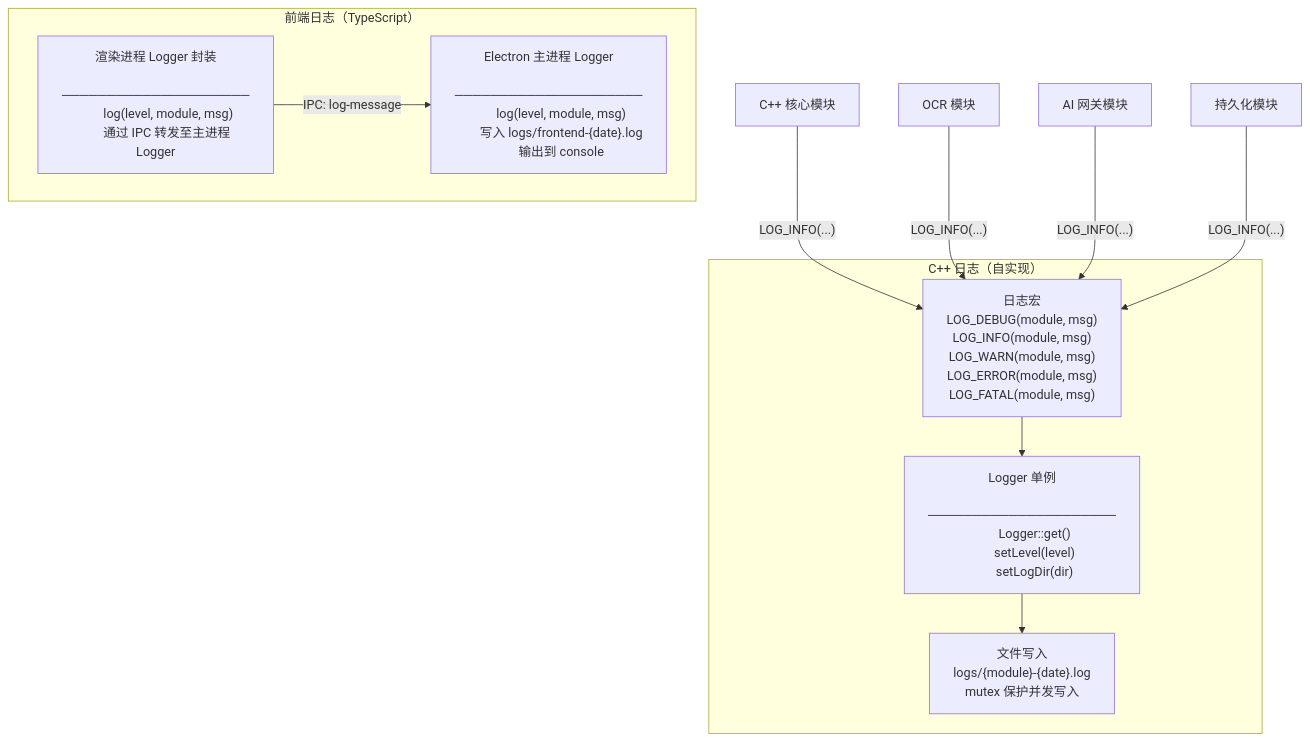
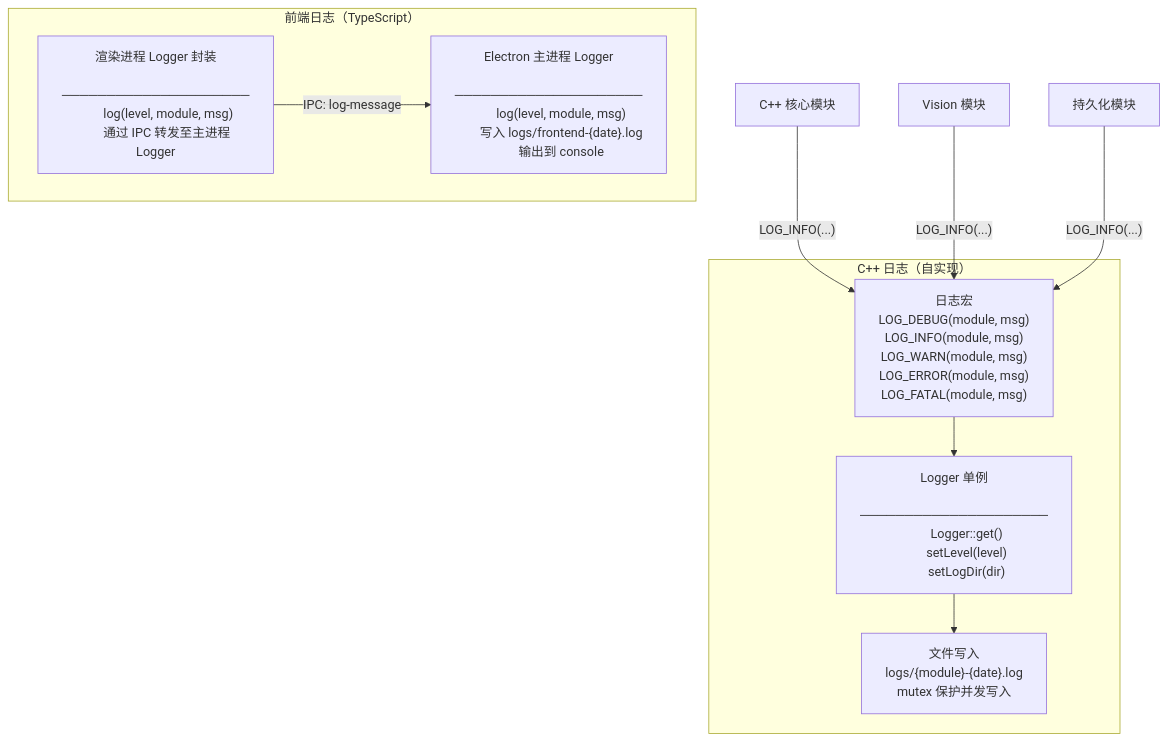
One commit to MintITes/QuickMemes changed the first of 3 diagrams in docs/arch/logger.md. Above: the diagram before and after it, drawn with Mermaid. The commit also changed other lines of this file and 12 other files, not shown here.

Commit message:
docs(fix, improve) : OCR 改为云端 API，合并到 Vision 模块 OpenCV → stb 系列（stb_image + stb_image_resize2 + stb_image_write，缩略图输出 JPEG） 删除 AI 图片生成功能 删除 Meme 推荐功能

````diff
--- a/docs/arch/logger.md
+++ b/docs/arch/logger.md
@@ -40,39 +40,38 @@
 ```mermaid
 graph TD
     subgraph FRONTEND_LOG ["前端日志（TypeScript）"]
         FE_MAIN_LOG["Electron 主进程 Logger
         ─────────────────────
         log(level, module, msg)
         写入 logs/frontend-{date}.log
         输出到 console"]
         FE_RENDERER_LOG["渲染进程 Logger 封装
         ─────────────────────
         log(level, module, msg)
         通过 IPC 转发至主进程 Logger"]
         FE_RENDERER_LOG -->|"IPC: log-message"| FE_MAIN_LOG
     end
 
     subgraph CPP_LOG ["C++ 日志（自实现）"]
         LOGGER_INSTANCE["Logger 单例
         ─────────────────────
         Logger::get()
         setLevel(level)
         setLogDir(dir)"]
         LOG_MACRO["日志宏
         LOG_DEBUG(module, msg)
         LOG_INFO(module, msg)
         LOG_WARN(module, msg)
         LOG_ERROR(module, msg)
         LOG_FATAL(module, msg)"]
         FILE_WRITER["文件写入
         logs/{module}-{date}.log
         mutex 保护并发写入"]
         LOG_MACRO --> LOGGER_INSTANCE
         LOGGER_INSTANCE --> FILE_WRITER
     end
 
-    CORE["C++ 核心模块"] -->|"LOG_INFO(...)"| LOG_MACRO
-    OCR["OCR 模块"]       -->|"LOG_INFO(...)"| LOG_MACRO
-    AI["AI 网关模块"]     -->|"LOG_INFO(...)"| LOG_MACRO
-    DB["持久化模块"]      -->|"LOG_INFO(...)"| LOG_MACRO
+    CORE["C++ 核心模块"]   -->|"LOG_INFO(...)"| LOG_MACRO
+    VISION["Vision 模块"] -->|"LOG_INFO(...)"| LOG_MACRO
+    DB["持久化模块"]        -->|"LOG_INFO(...)"| LOG_MACRO
 ```
````
